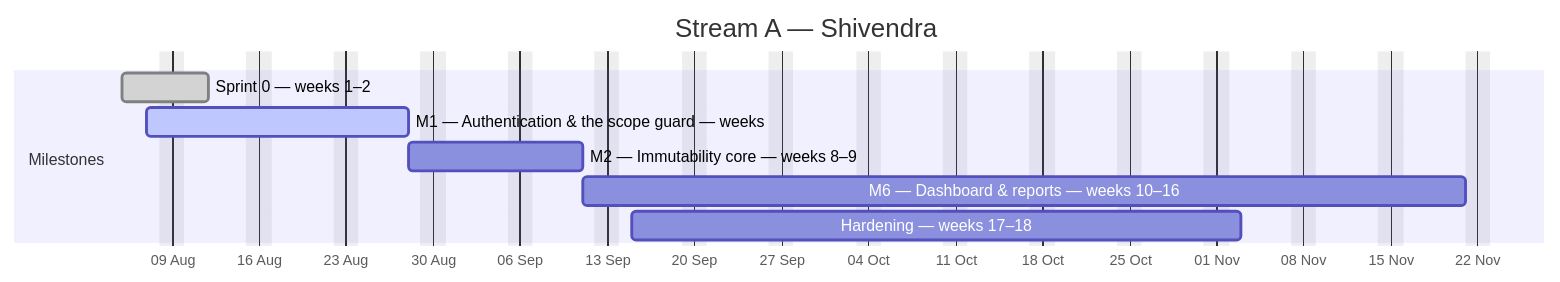
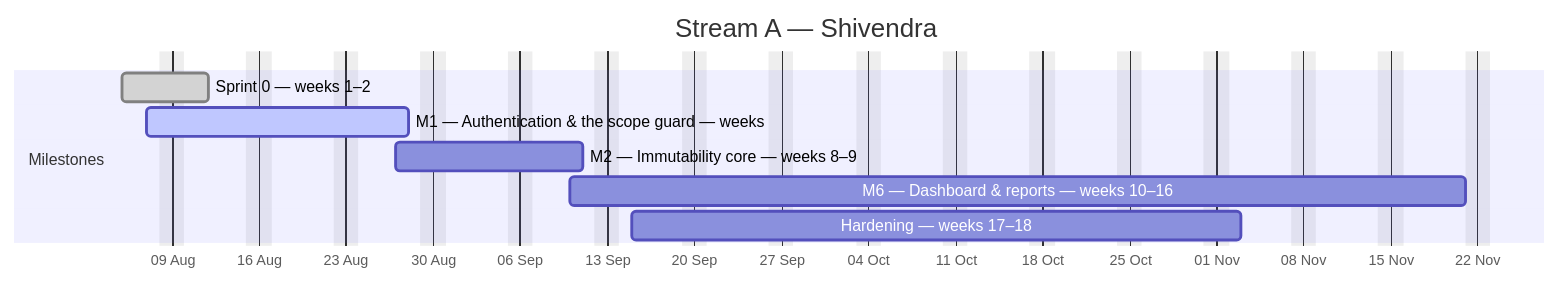
One commit to debashisedunext/EduTrack changed the first of 4 diagrams in docs/plan/GANTT.md. Above: the diagram before and after it, drawn with Mermaid. The commit also changed other lines of this file and 2 other files, not shown here.

````diff
--- a/docs/plan/GANTT.md
+++ b/docs/plan/GANTT.md
@@ -123,13 +123,13 @@
 ```mermaid
 gantt
     dateFormat YYYY-MM-DD
     axisFormat %d %b
     title Stream A — Shivendra
     excludes weekends
     section Milestones
     Sprint 0 — weeks 1–2 :done, a0, 2026-08-05, 5d
     M1 — Authentication & the scope guard — weeks :active, a1, 2026-08-07, 15d
-    M2 — Immutability core — weeks 8–9 :a2, 2026-08-28, 10d
-    M6 — Dashboard & reports — weeks 10–16 :a3, 2026-09-11, 51d
+    M2 — Immutability core — weeks 8–9 :a2, 2026-08-27, 11d
+    M6 — Dashboard & reports — weeks 10–16 :a3, 2026-09-10, 52d
     Hardening — weeks 17–18 :a4, 2026-09-15, 35d
 ```
````
